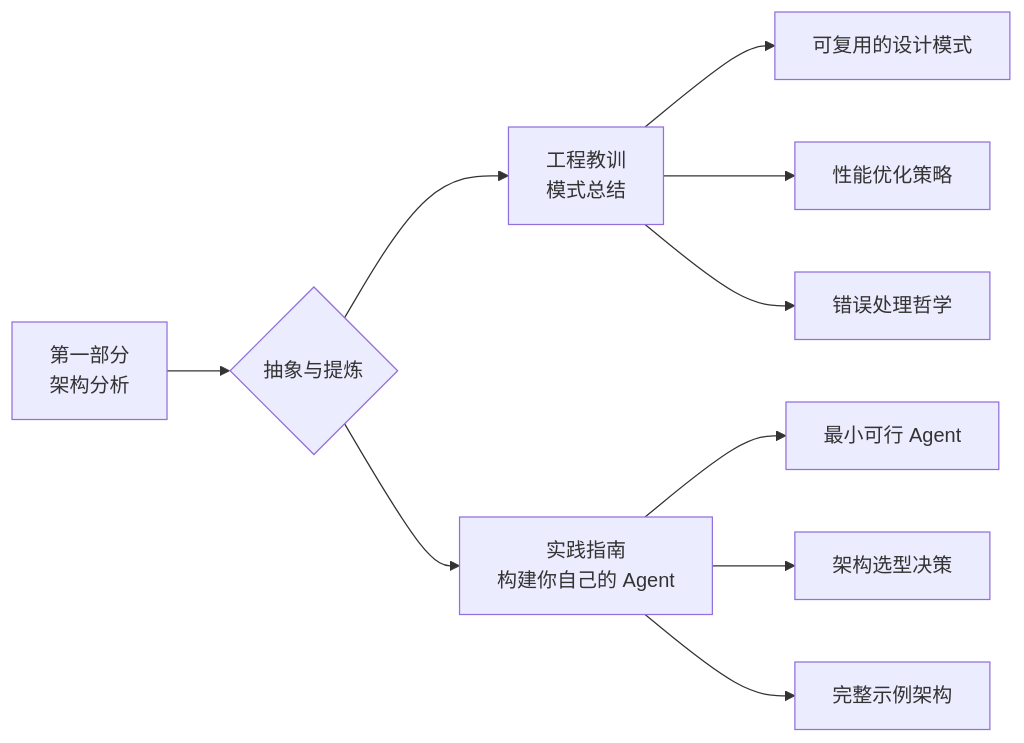
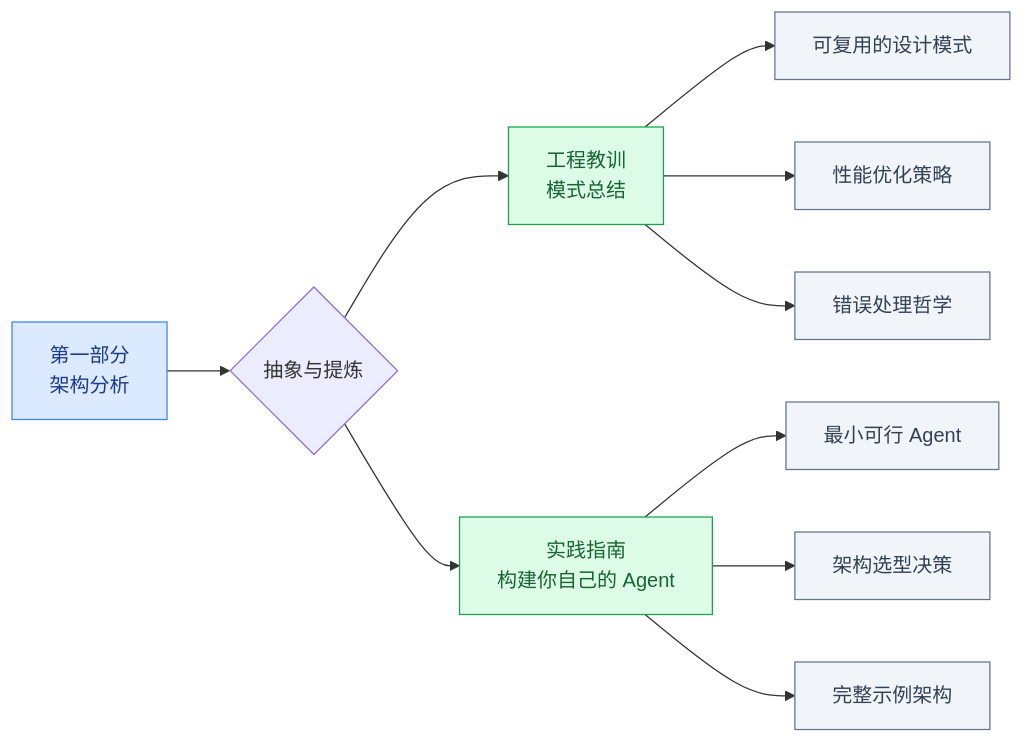
The first of 2 diagrams in chapters/part2/index.rst (pty819/hermes-docs), drawn with Mermaid before and after one commit. The commit also changed other lines of this file and 27 other files, not shown here.

```diff
--- a/chapters/part2/index.rst
+++ b/chapters/part2/index.rst
@@ -27,12 +27,22 @@
 .. mermaid::
+   :name: part2-learning-path
+   :caption: 第二部分学习路径
 
-   graph LR
+   flowchart LR
+       classDef start fill:#dbeafe,stroke:#3b82f6,color:#1e3a8a
+       classDef success fill:#dcfce7,stroke:#16a34a,color:#166534
+       classDef info fill:#f1f5f9,stroke:#64748b,color:#334155
+
        A["第一部分<br/>架构分析"] --> B{"抽象与提炼"}
        B --> C["工程教训<br/>模式总结"]
        B --> D["实践指南<br/>构建你自己的 Agent"]
        C --> E["可复用的设计模式"]
        C --> F["性能优化策略"]
        C --> G["错误处理哲学"]
        D --> H["最小可行 Agent"]
        D --> I["架构选型决策"]
        D --> J["完整示例架构"]
+
+       class A start
+       class C,D success
+       class E,F,G,H,I,J info
```
